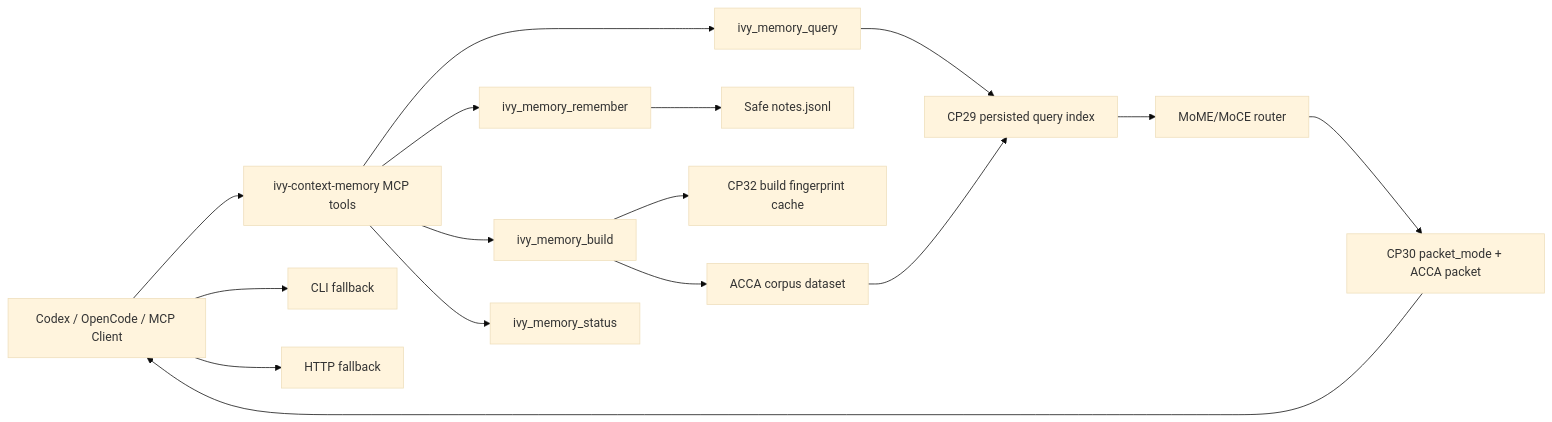
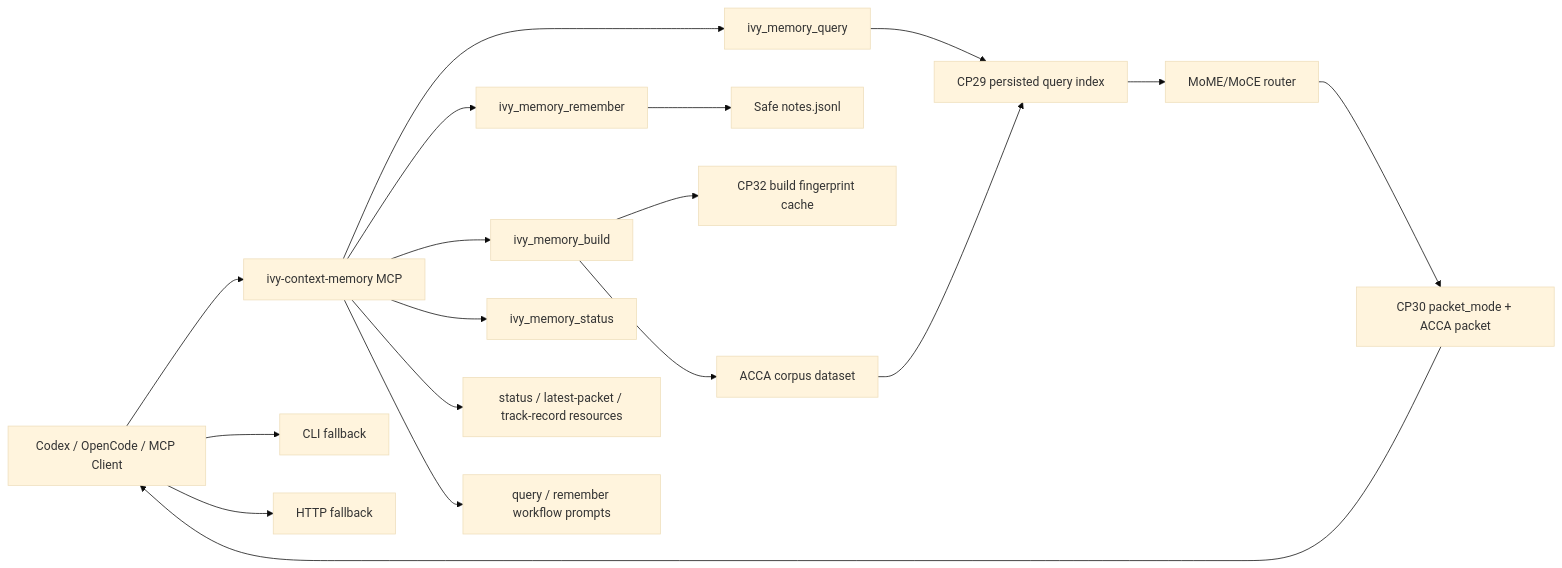
Before and after one commit to arahe-dev/ivy: the diagram in MoME-MoCE-Exp/docs/PLUGIN_SUPERCHARGE_TRACK_RECORD_2026-05-11.md, drawn with Mermaid (base theme). The commit also changed other lines of this file, not shown here.

Commit message:
docs update plugin track record through cp40

````diff
--- a/MoME-MoCE-Exp/docs/PLUGIN_SUPERCHARGE_TRACK_RECORD_2026-05-11.md
+++ b/MoME-MoCE-Exp/docs/PLUGIN_SUPERCHARGE_TRACK_RECORD_2026-05-11.md
@@ -86,20 +100,22 @@
 ```mermaid
 flowchart LR
-  Agent["Codex / OpenCode / MCP Client"] --> MCP["ivy-context-memory MCP tools"]
+  Agent["Codex / OpenCode / MCP Client"] --> MCP["ivy-context-memory MCP"]
   Agent --> CLI["CLI fallback"]
   Agent --> HTTP["HTTP fallback"]
 
   MCP --> Query["ivy_memory_query"]
   MCP --> Remember["ivy_memory_remember"]
   MCP --> Build["ivy_memory_build"]
   MCP --> Status["ivy_memory_status"]
+  MCP --> Resources["status / latest-packet / track-record resources"]
+  MCP --> Prompts["query / remember workflow prompts"]
 
   Remember --> Notes["Safe notes.jsonl"]
   Build --> Cache["CP32 build fingerprint cache"]
   Build --> Corpus["ACCA corpus dataset"]
   Corpus --> Index["CP29 persisted query index"]
   Query --> Index
   Index --> Router["MoME/MoCE router"]
   Router --> Packet["CP30 packet_mode + ACCA packet"]
   Packet --> Agent
 ```
````
